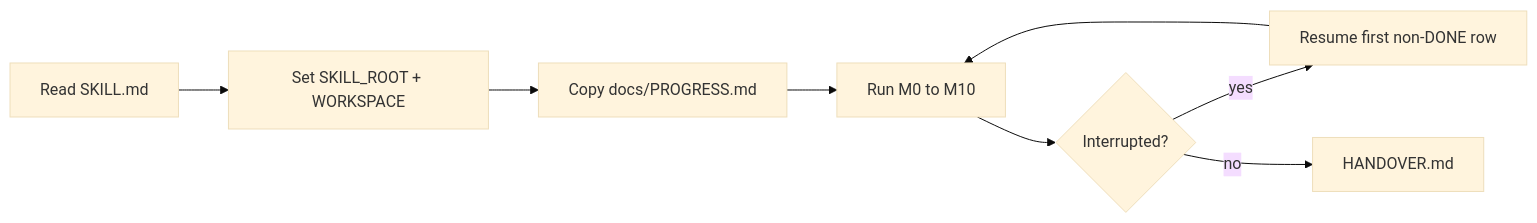
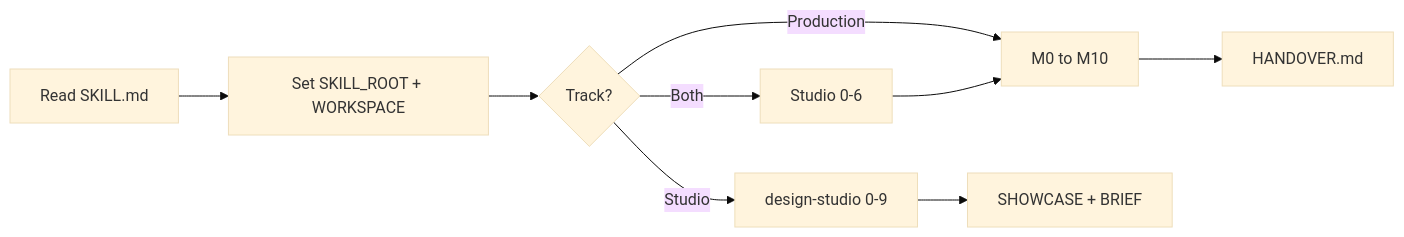
The first of 4 diagrams in README.md (moonr5/monzer-mobile-skill), drawn with Mermaid (base theme) before and after one commit. The commit also changed other lines of this file and 5 other files, not shown here.

First line of the commit message:
Add the design studio as Track S inside the master skill.

````diff
--- a/README.md
+++ b/README.md
@@ -17,10 +21,11 @@
 ```mermaid
 flowchart LR
   A[Read SKILL.md] --> B[Set SKILL_ROOT + WORKSPACE]
-  B --> C[Copy docs/PROGRESS.md]
-  C --> D[Run M0 to M10]
-  D --> E{Interrupted?}
-  E -->|yes| F[Resume first non-DONE row]
-  F --> D
-  E -->|no| G[HANDOVER.md]
+  B --> T{Track?}
+  T -->|Studio| S[design-studio 0-9]
+  T -->|Production| P[M0 to M10]
+  T -->|Both| S2[Studio 0-6]
+  S2 --> P
+  S --> G[SHOWCASE + BRIEF]
+  P --> H[HANDOVER.md]
 ```
````
